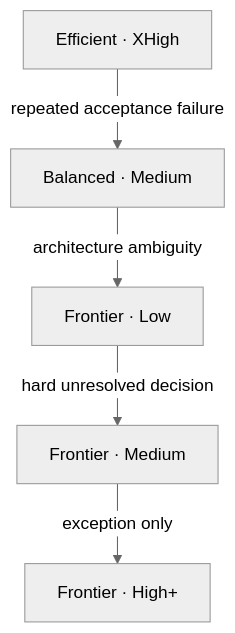
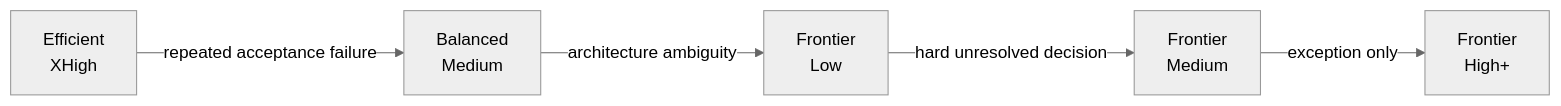
One commit to Strataward/durable-threads changed the diagram in plugins/durable-threads/skills/durable-threads/references/MODEL_ECONOMICS.md. Above: the diagram before and after it, drawn with Mermaid (neutral theme). The commit also changed other lines of this file and 13 other files, not shown here.

````diff
--- a/plugins/durable-threads/skills/durable-threads/references/MODEL_ECONOMICS.md
+++ b/plugins/durable-threads/skills/durable-threads/references/MODEL_ECONOMICS.md
@@ -42,7 +48,7 @@
 ```mermaid
-flowchart TB
-    E["Efficient · XHigh"] -->|"repeated acceptance failure"| B["Balanced · Medium"]
-    B -->|"architecture ambiguity"| F1["Frontier · Low"]
-    F1 -->|"hard unresolved decision"| F2["Frontier · Medium"]
-    F2 -->|"exception only"| FX["Frontier · High+"]
+flowchart LR
+    E["Efficient<br/>XHigh"] -->|"repeated acceptance failure"| B["Balanced<br/>Medium"]
+    B -->|"architecture ambiguity"| F1["Frontier<br/>Low"]
+    F1 -->|"hard unresolved decision"| F2["Frontier<br/>Medium"]
+    F2 -->|"exception only"| FX["Frontier<br/>High+"]
 ```
````
